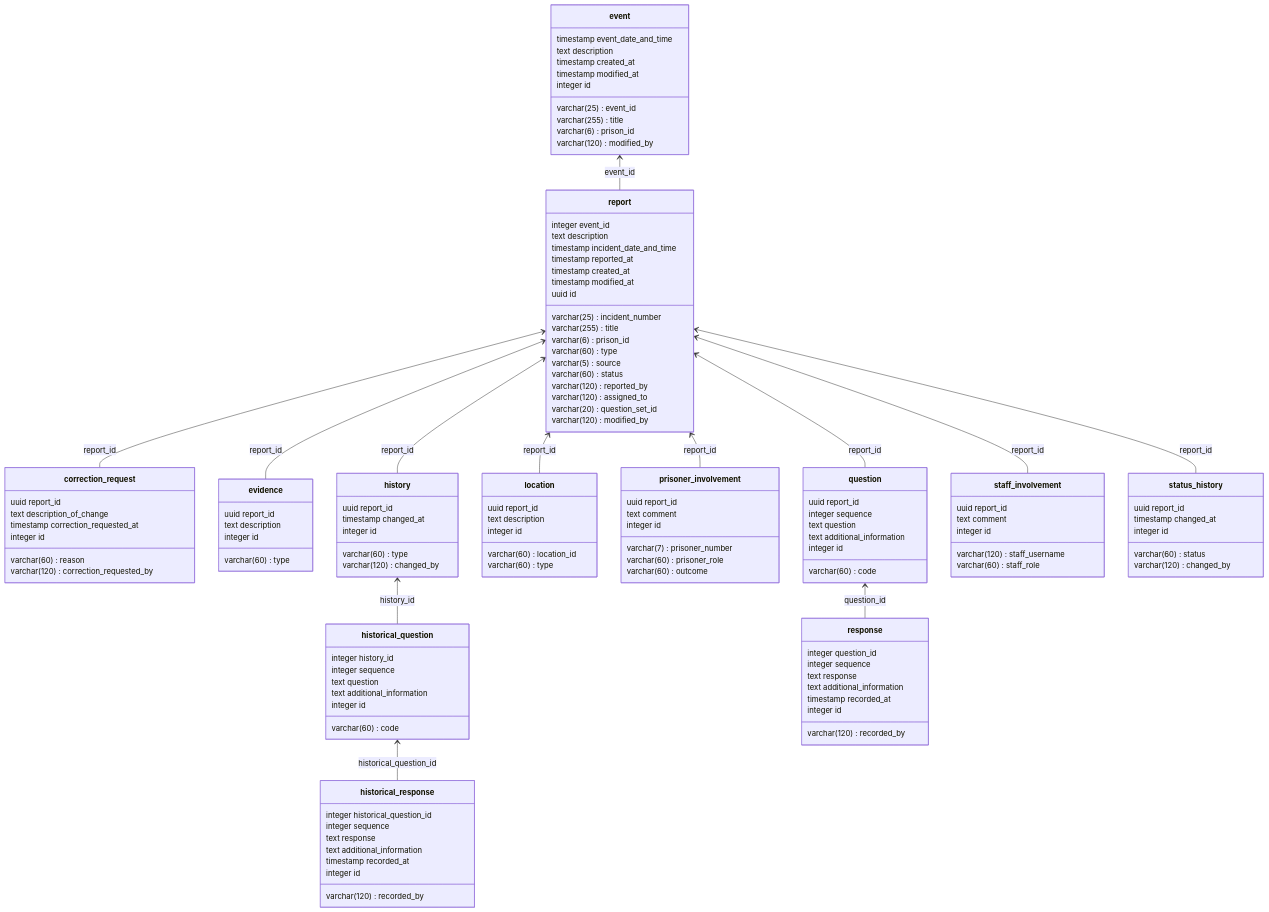
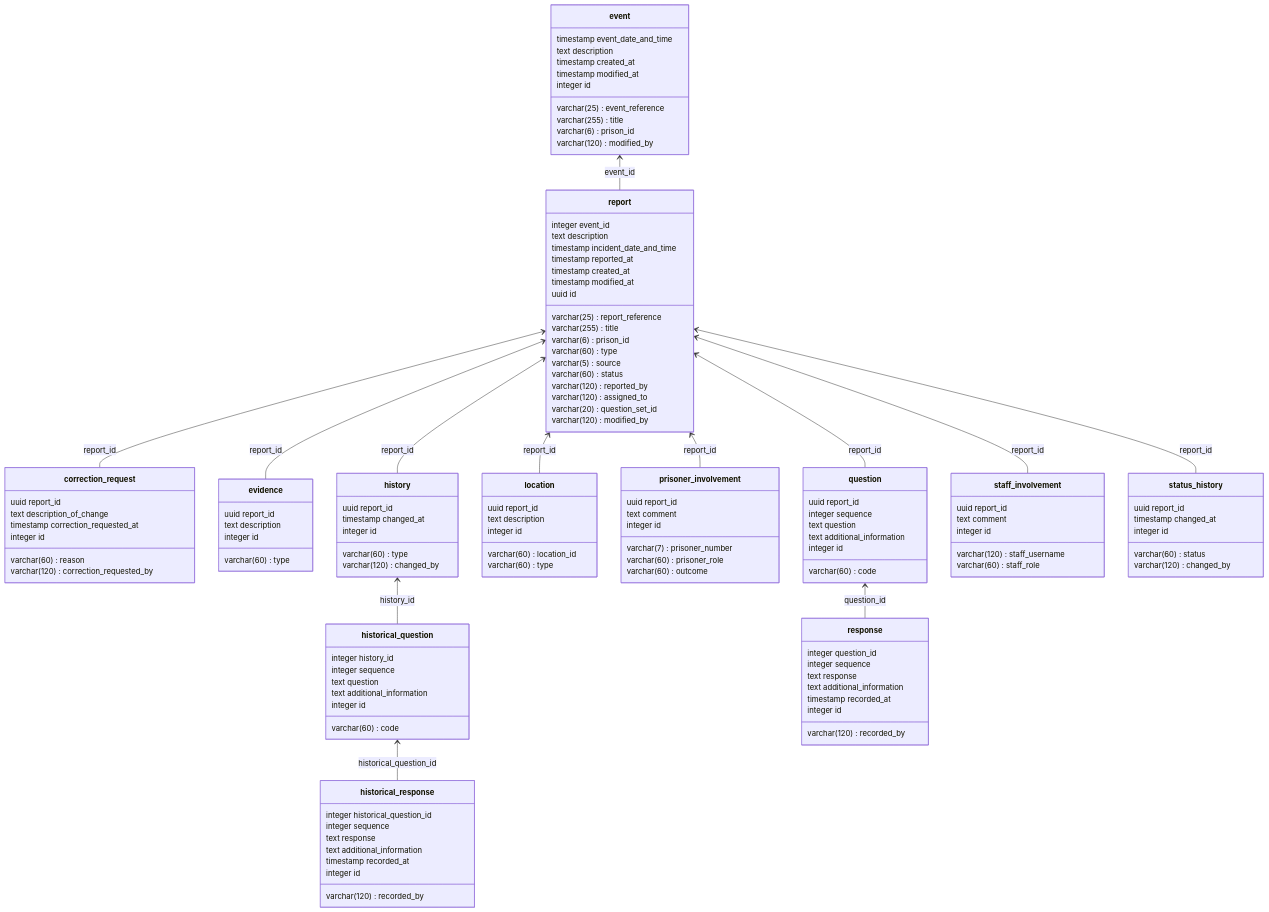
The second of 2 diagrams in docs/0004-modeling-irs.md (ministryofjustice/hmpps-incident-reporting-api), drawn with Mermaid before and after one commit. The commit also changed other lines of this file and 27 other files, not shown here.

````diff
--- a/docs/0004-modeling-irs.md
+++ b/docs/0004-modeling-irs.md
@@ -144,7 +144,7 @@
         integer id
     }
     class event {
-        varchar(25) event_id
+        varchar(25) event_reference
         timestamp event_date_and_time
         varchar(255) title
         text description
@@ -209,7 +209,7 @@
     }
     class report {
         integer event_id
-        varchar(25) incident_number
+        varchar(25) report_reference
         varchar(255) title
         text description
         varchar(6) prison_id
@@ -250,16 +250,16 @@
         integer id
     }
 
-correction_request --> report: report_id
-evidence --> report: report_id
-historical_question --> history: history_id
-historical_response --> historical_question: historical_question_id
-history --> report: report_id
-location --> report: report_id
-prisoner_involvement --> report: report_id
-question --> report: report_id
-report --> event: event_id
-response --> question: question_id
-staff_involvement --> report: report_id
-status_history --> report: report_id
+correction_request  -->  report : report_id
+evidence  -->  report : report_id
+historical_question  -->  history : history_id
+historical_response  -->  historical_question : historical_question_id
+history  -->  report : report_id
+location  -->  report : report_id
+prisoner_involvement  -->  report : report_id
+question  -->  report : report_id
+report  -->  event : event_id
+response  -->  question : question_id
+staff_involvement  -->  report : report_id
+status_history  -->  report : report_id
 ```
````
